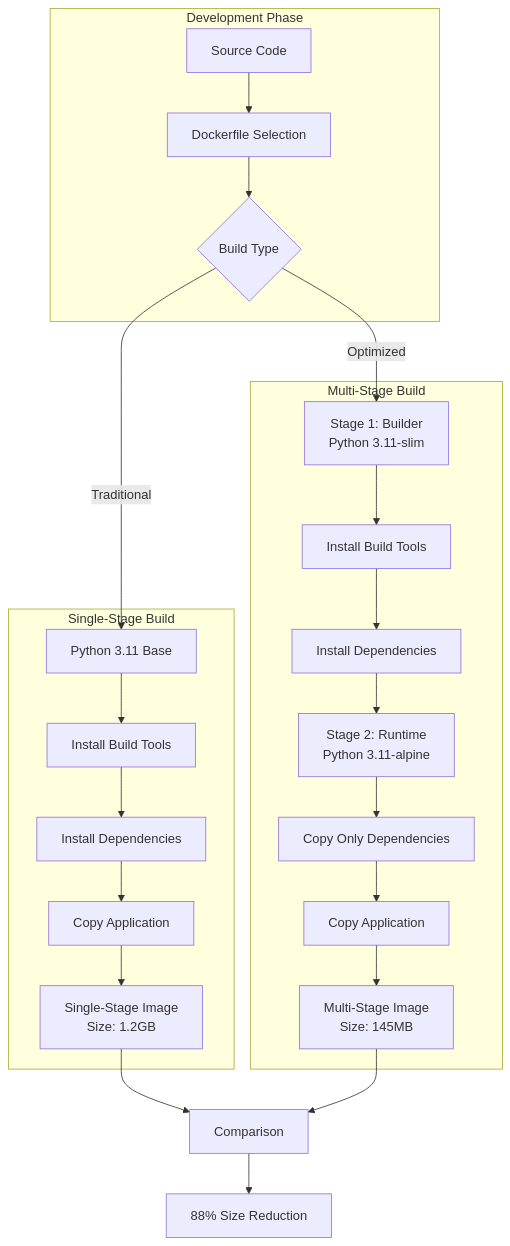
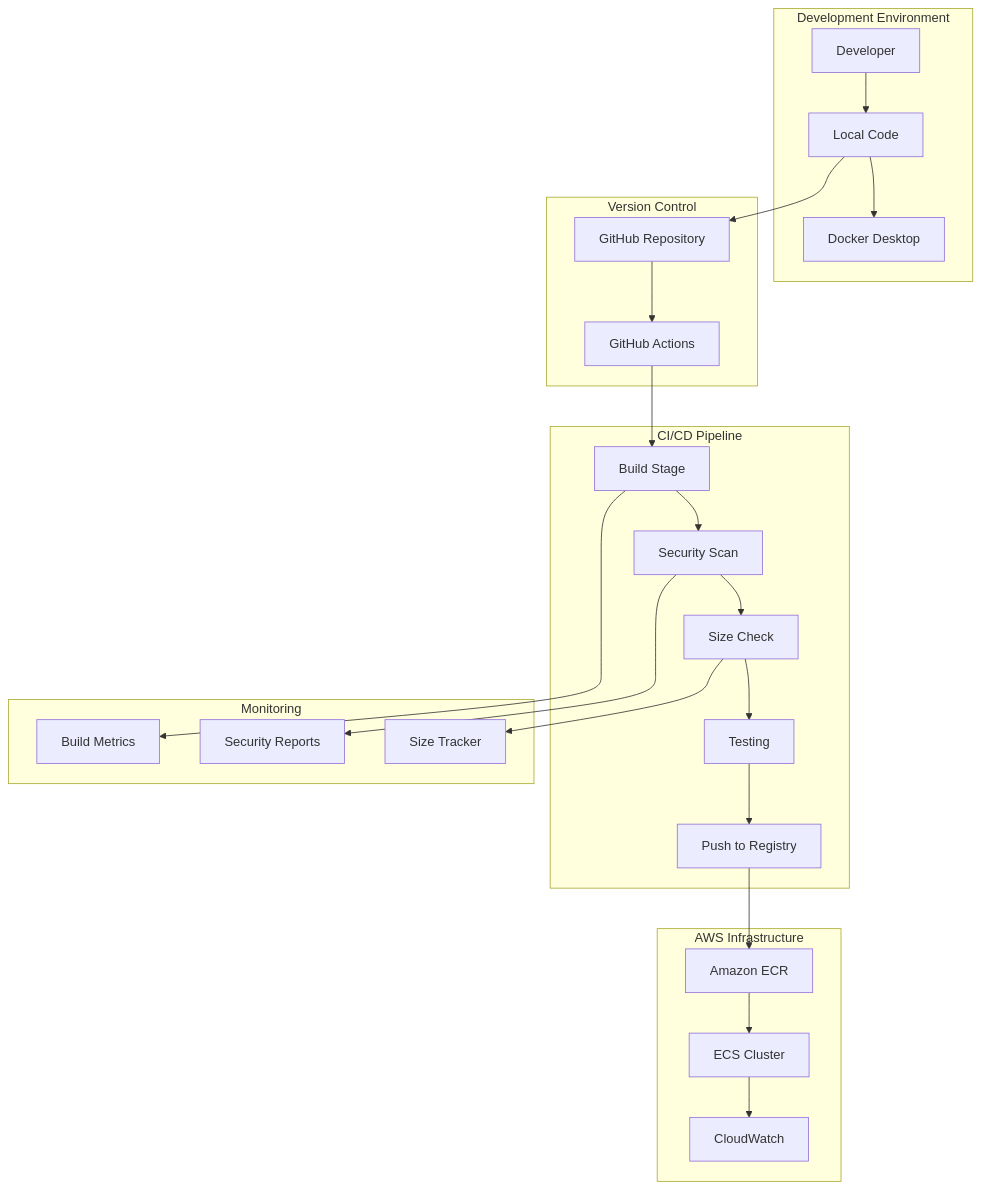
One commit to pravindev666/Multi-Stage-Docker-Build-Pipeline changed the first of 5 diagrams in README.md. Above: the diagram before and after it, drawn with Mermaid. The commit also changed other lines of this file, not shown here.

````diff
--- a/README.md
+++ b/README.md
@@ -11,29 +50,49 @@
 ```mermaid
-flowchart TB
-    subgraph "Development Phase"
-        A[Source Code] --> B[Dockerfile Selection]
-        B --> C{Build Type}
+graph TB
+    subgraph "Development Environment"
+        A[Developer]
+        B[Local Code]
+        C[Docker Desktop]
     end
     
-    subgraph "Single-Stage Build"
-        C -->|Traditional| D[Python 3.11 Base]
-        D --> E[Install Build Tools]
-        E --> F[Install Dependencies]
-        F --> G[Copy Application]
-        G --> H[Single-Stage Image<br/>Size: 1.2GB]
+    subgraph "Version Control"
+        D[GitHub Repository]
+        E[GitHub Actions]
     end
     
-    subgraph "Multi-Stage Build"
-        C -->|Optimized| I[Stage 1: Builder<br/>Python 3.11-slim]
-        I --> J[Install Build Tools]
-        J --> K[Install Dependencies]
-        K --> L[Stage 2: Runtime<br/>Python 3.11-alpine]
-        L --> M[Copy Only Dependencies]
-        M --> N[Copy Application]
-        N --> O[Multi-Stage Image<br/>Size: 145MB]
+    subgraph "CI/CD Pipeline"
+        F[Build Stage]
+        G[Security Scan]
+        H[Size Check]
+        I[Testing]
+        J[Push to Registry]
     end
     
-    H --> P[Comparison]
-    O --> P
-    P --> Q[88% Size Reduction]
+    subgraph "AWS Infrastructure"
+        K[Amazon ECR]
+        L[ECS Cluster]
+        M[CloudWatch]
+    end
+    
+    subgraph "Monitoring"
+        N[Build Metrics]
+        O[Size Tracker]
+        P[Security Reports]
+    end
+    
+    A --> B
+    B --> C
+    B --> D
+    D --> E
+    E --> F
+    F --> G
+    G --> H
+    H --> I
+    I --> J
+    J --> K
+    K --> L
+    L --> M
+    F --> N
+    H --> O
+    G --> P
 ```
````
